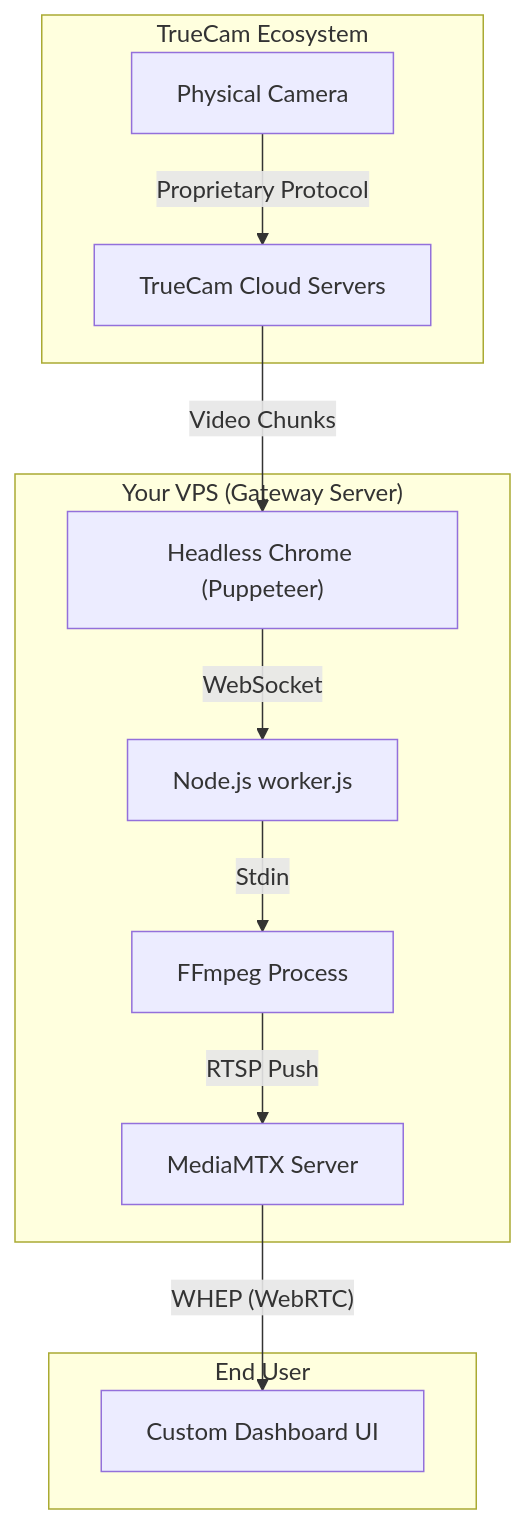
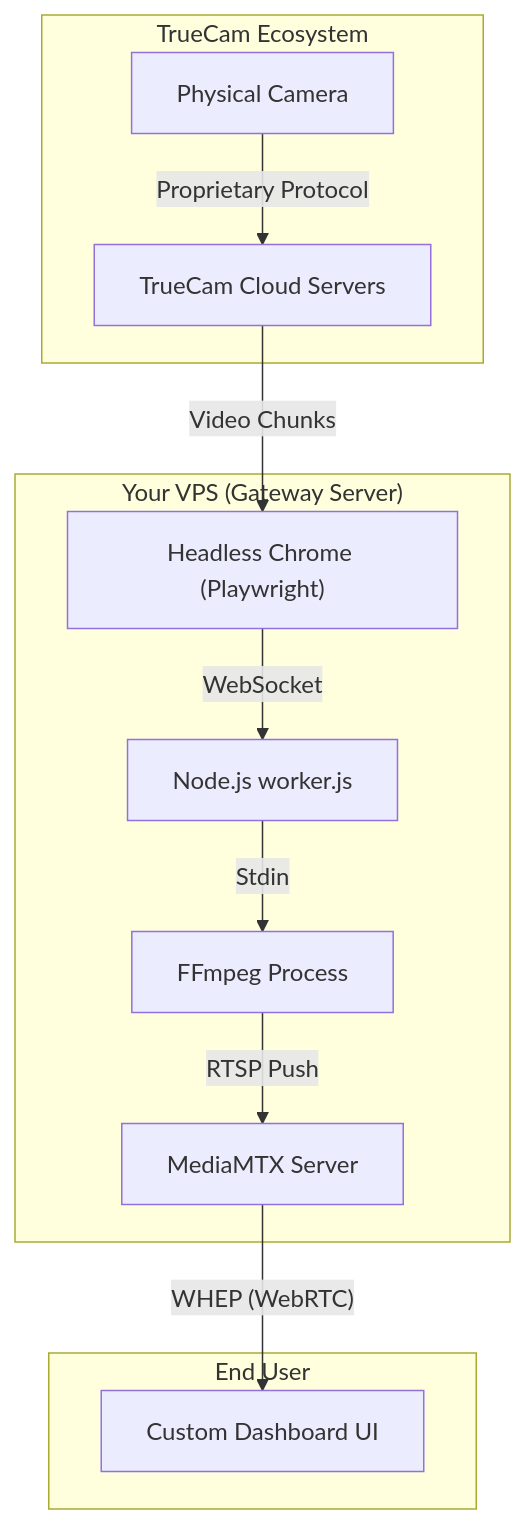
One commit to amanakg/saytrees-truecam-gateway changed the diagram in GATEWAY_CODE_FLOW.md. Above: the diagram before and after it, drawn with Mermaid. The commit also changed other lines of this file and 9 other files, not shown here.

Commit message:
Migrate Puppeteer to Playwright, fix recurring 8.5m refresh timer, and auto-install Chromium setup

````diff
--- a/GATEWAY_CODE_FLOW.md
+++ b/GATEWAY_CODE_FLOW.md
@@ -7,20 +7,20 @@
 ```mermaid
 flowchart TD
     subgraph "TrueCam Ecosystem"
         Cam["Physical Camera"] -->|"Proprietary Protocol"| Cloud["TrueCam Cloud Servers"]
     end
 
     subgraph "Your VPS (Gateway Server)"
-        Cloud -->|"Video Chunks"| Browser["Headless Chrome (Puppeteer)"]
+        Cloud -->|"Video Chunks"| Browser["Headless Chrome (Playwright)"]
         
         Browser -->|"WebSocket"| Worker["Node.js worker.js"]
         
         Worker -->|"Stdin"| FFmpeg["FFmpeg Process"]
         
         FFmpeg -->|"RTSP Push"| MediaMTX["MediaMTX Server"]
     end
 
     subgraph "End User"
         MediaMTX -->|"WHEP (WebRTC)"| UI["Custom Dashboard UI"]
     end
 ```
````
